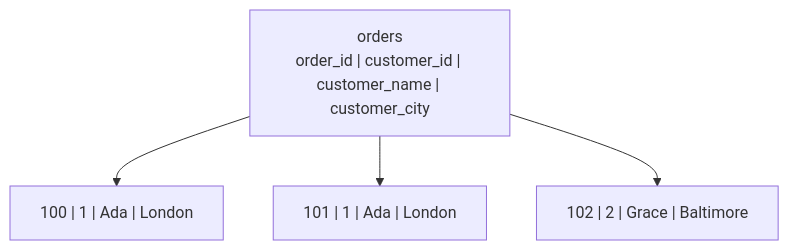
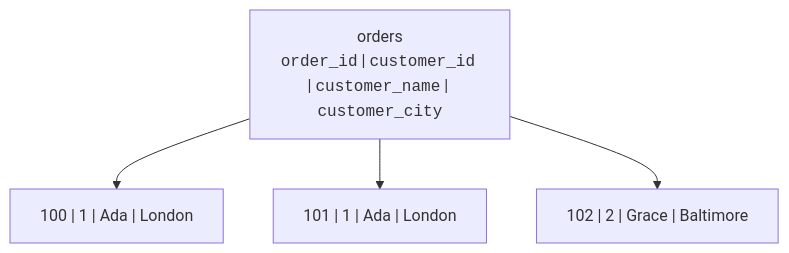
The first of 6 diagrams in content/learn/database-design-postgresql/third-normal-form.mdx (dataslope/dataslope), drawn with Mermaid before and after one commit. The commit also changed other lines of this file and 153 other files, not shown here.

First line of the commit message:
Render code-only mermaid shapes in monospace; convert step sequences to Steps

````diff
--- a/content/learn/database-design-postgresql/third-normal-form.mdx
+++ b/content/learn/database-design-postgresql/third-normal-form.mdx
@@ -20,7 +20,7 @@
 ```mermaid
 flowchart TB
-    T["orders<br/>order_id | customer_id | customer_name | customer_city"]
+    T["orders<br/><code>order_id</code> | <code>customer_id</code> | <code>customer_name</code> | <code>customer_city</code>"]
     T --> R1["100 | 1 | Ada | London"]
     T --> R2["101 | 1 | Ada | London"]
     T --> R3["102 | 2 | Grace | Baltimore"]
 ```
````
